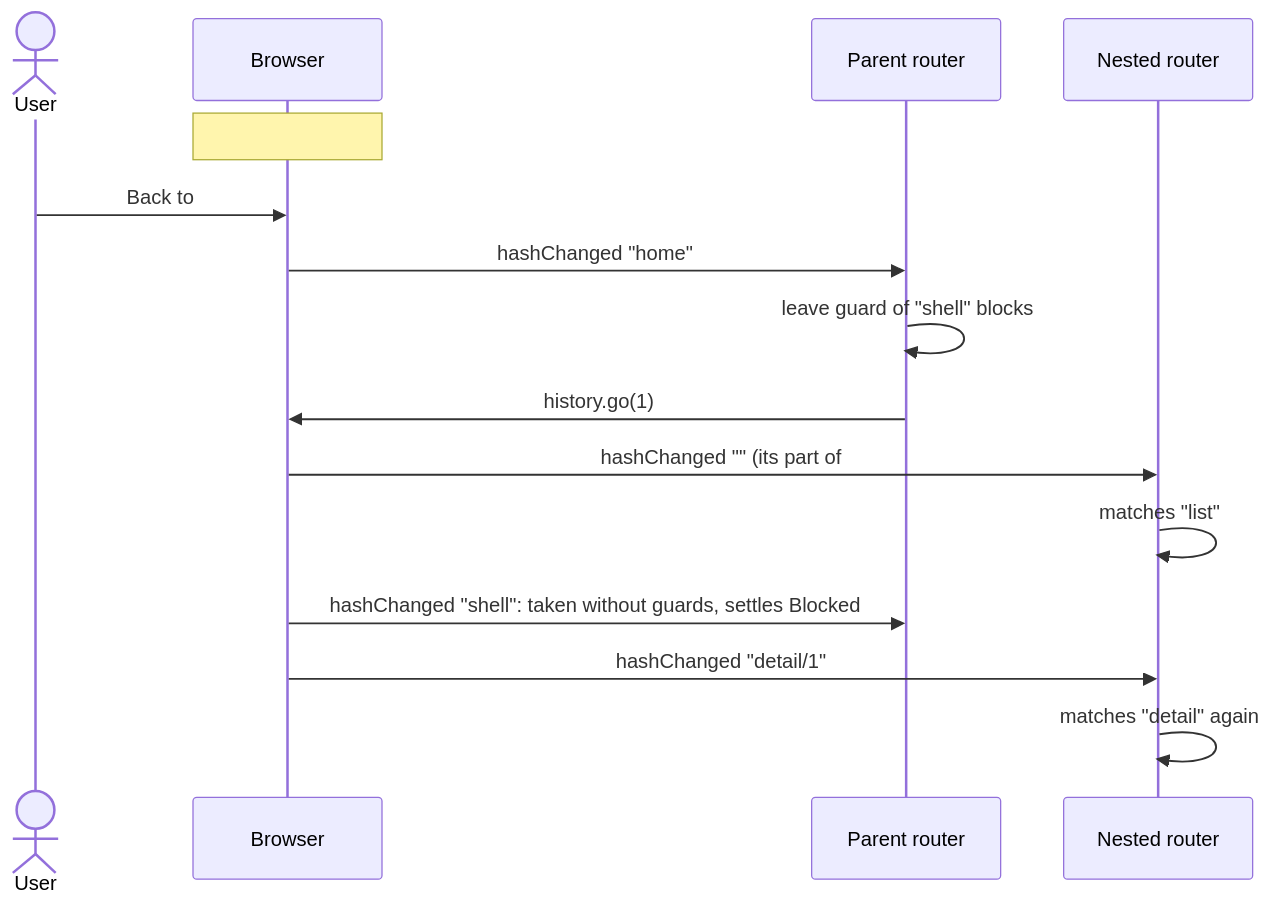
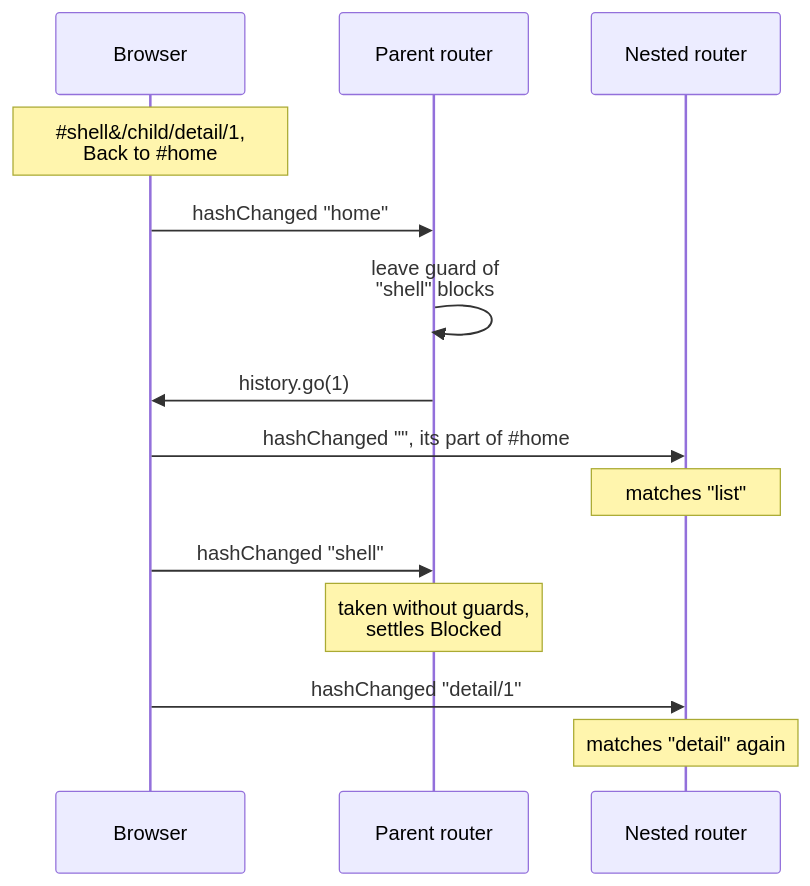
One commit to wridgeu/ui5-lib-guard-router changed the ninth of 9 diagrams in packages/lib/README.md. Above: the diagram before and after it, drawn with Mermaid. The commit also changed other lines of this file and 6 other files, not shown here.

First line of the commit message:
docs: draw the diagrams narrow, one case each, and colour the overview

````diff
--- a/packages/lib/README.md
+++ b/packages/lib/README.md
@@ -1195,17 +1257,16 @@
 ```mermaid
 sequenceDiagram
-    actor User
     participant Browser
     participant Parent as Parent router
     participant Child as Nested router
-    Note over Browser: #shell&/child/detail/1
-    User->>Browser: Back to #home
+    Note over Browser: #35;shell&/child/detail/1,<br/>Back to #35;home
     Browser->>Parent: hashChanged "home"
-    Parent->>Parent: leave guard of "shell" blocks
+    Parent->>Parent: leave guard of<br/>"shell" blocks
     Parent->>Browser: history.go(1)
-    Browser->>Child: hashChanged "" (its part of #home)
-    Child->>Child: matches "list"
-    Browser->>Parent: hashChanged "shell": taken without guards, settles Blocked
+    Browser->>Child: hashChanged "", its part of #35;home
+    Note over Child: matches "list"
+    Browser->>Parent: hashChanged "shell"
+    Note over Parent: taken without guards,<br/>settles Blocked
     Browser->>Child: hashChanged "detail/1"
-    Child->>Child: matches "detail" again
+    Note over Child: matches "detail" again
 ```
````
